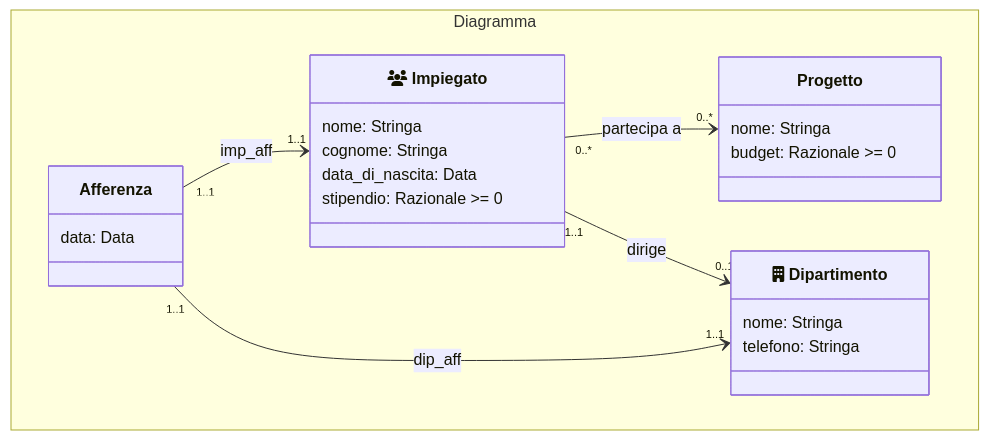
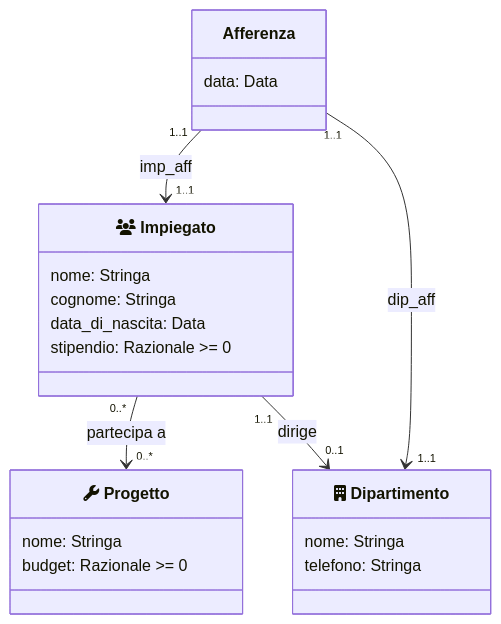
The first of 2 diagrams in book/basi-di-dati-2/azienda-1.md (CuriousCI/university), drawn with Mermaid before and after one commit. The commit also changed other lines of this file and 4 other files, not shown here.

````diff
--- a/book/basi-di-dati-2/azienda-1.md
+++ b/book/basi-di-dati-2/azienda-1.md
@@ -35,32 +38,34 @@
 ```mermaid
 classDiagram
-	namespace Diagramma {
-		class Impiegato {
-            nome: Stringa
-            cognome: Stringa
-            data_di_nascita: Data
-            stipendio: Razionale >= 0
-		}
-		class Impiegato["fa:fa-users Impiegato"]
+	%%namespace Diagramma {
+    class Impiegato {
+        nome: Stringa
+        cognome: Stringa
+        data_di_nascita: Data
+        stipendio: Razionale >= 0
+    }
+    class Impiegato["fa:fa-users Impiegato"]
 
-		class Dipartimento {
-			nome: Stringa
-			telefono: Stringa
-		}
-		class Dipartimento["fa:fa-building Dipartimento"]
+    class Dipartimento {
+        nome: Stringa
+        telefono: Stringa
+    }
+    class Dipartimento["fa:fa-building Dipartimento"]
 
-		class Afferenza {
-			data: Data
-		}
+    class Afferenza {
+        data: Data
+    }
 
-		class Progetto {
-			nome: Stringa
-			budget: Razionale >= 0
-		}
-	}
+    class Progetto {
+        nome: Stringa
+        budget: Razionale >= 0
+    }
+    class Progetto["fa:fa-wrench Progetto"]
+
+	%%}
 
 	Impiegato "0..*" --> "0..*" Progetto : partecipa a
+	Impiegato "1..1" --> "0..1" Dipartimento : dirige
 	Afferenza "1..1" --> "1..1" Impiegato : imp_aff
 	Afferenza "1..1" --> "1..1" Dipartimento : dip_aff
-	Impiegato "1..1" --> "0..1" Dipartimento : dirige
 ```
````
